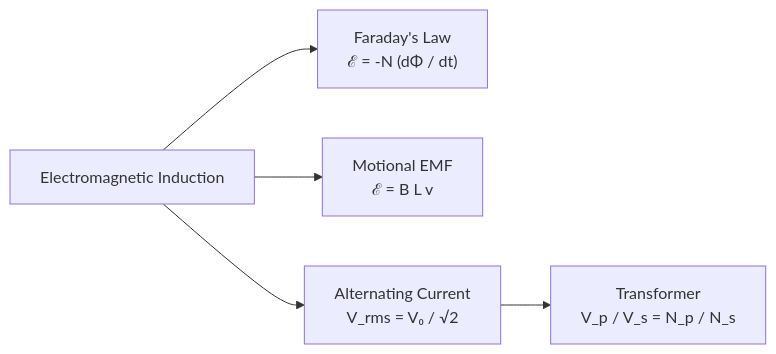
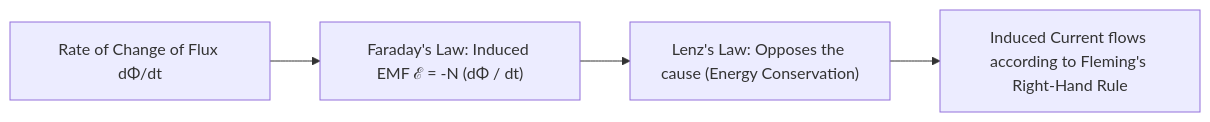
One commit to zenyyxz/Zen_dx-Notes changed the seventh of 9 diagrams in 02 - Physics/Lesson 08 - Current Electricity.md. Above: the diagram before and after it, drawn with Mermaid. The commit also changed other lines of this file and 3 other files, not shown here.

````diff
--- a/02 - Physics/Lesson 08 - Current Electricity.md
+++ b/02 - Physics/Lesson 08 - Current Electricity.md
@@ -50,7 +337,6 @@
 ```mermaid
 graph LR
-    EM["Electromagnetic Induction"] --> Faraday["Faraday's Law<br>ℰ = -N (dΦ / dt)"]
-    EM --> Motional["Motional EMF<br>ℰ = B L v"]
-    EM --> AC["Alternating Current<br>V_rms = V₀ / √2"]
-    AC --> Trans["Transformer<br>V_p / V_s = N_p / N_s"]
+    FluxChange["Rate of Change of Flux dΦ/dt"] --> Faraday["Faraday's Law: Induced EMF ℰ = -N (dΦ / dt)"]
+    Faraday --> Lenz["Lenz's Law: Opposes the cause (Energy Conservation)"]
+    Lenz --> Current["Induced Current flows according to Fleming's Right-Hand Rule"]
 ```
````
